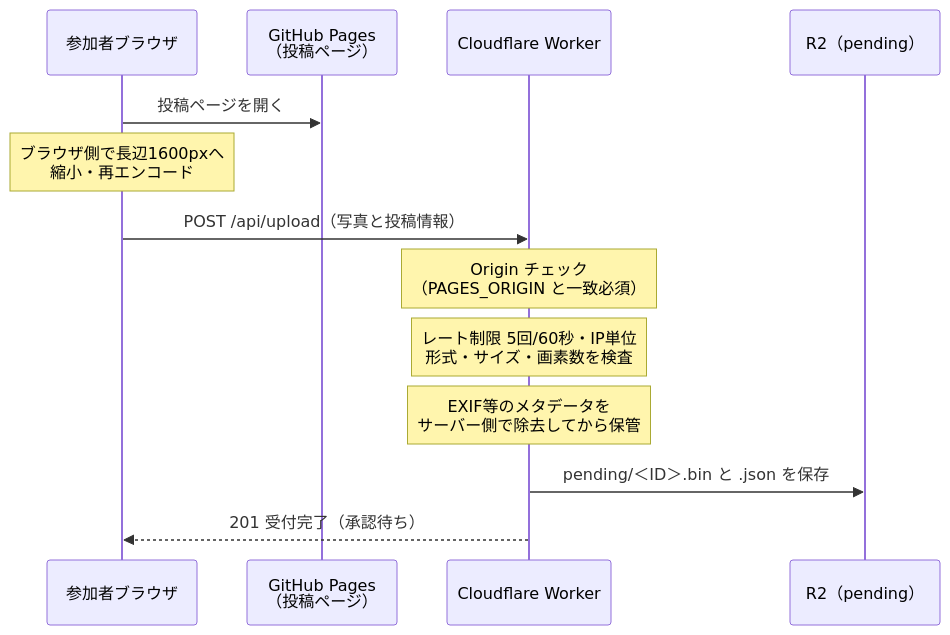
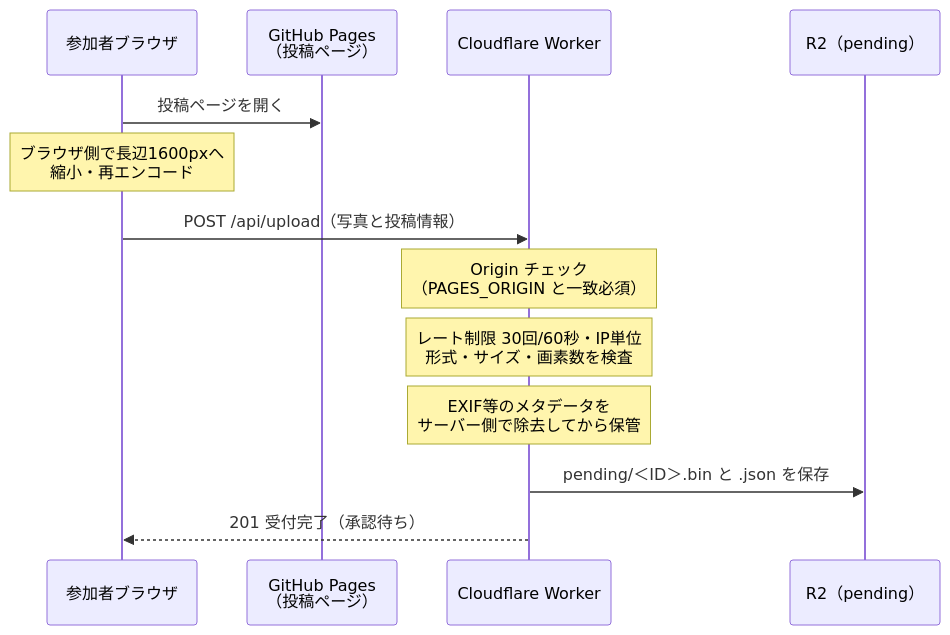
One commit to gyakusu/aoki-lab-obog-2026 changed the second of 4 diagrams in docs/architecture.md. Above: the diagram before and after it, drawn with Mermaid. The commit also changed other lines of this file and 16 other files, not shown here.

````diff
--- a/docs/architecture.md
+++ b/docs/architecture.md
@@ -49,16 +49,16 @@
 ```mermaid
 sequenceDiagram
     participant G as 参加者ブラウザ
     participant P as GitHub Pages<br/>（投稿ページ）
     participant W as Cloudflare Worker
     participant R as R2（pending）
 
     G->>P: 投稿ページを開く
     Note over G: ブラウザ側で長辺1600pxへ<br/>縮小・再エンコード
     G->>W: POST /api/upload（写真と投稿情報）
     Note over W: Origin チェック<br/>（PAGES_ORIGIN と一致必須）
-    Note over W: レート制限 5回/60秒・IP単位<br/>形式・サイズ・画素数を検査
+    Note over W: レート制限 30回/60秒・IP単位<br/>形式・サイズ・画素数を検査
     Note over W: EXIF等のメタデータを<br/>サーバー側で除去してから保管
     W->>R: pending/＜ID＞.bin と .json を保存
     W-->>G: 201 受付完了（承認待ち）
 ```
````
